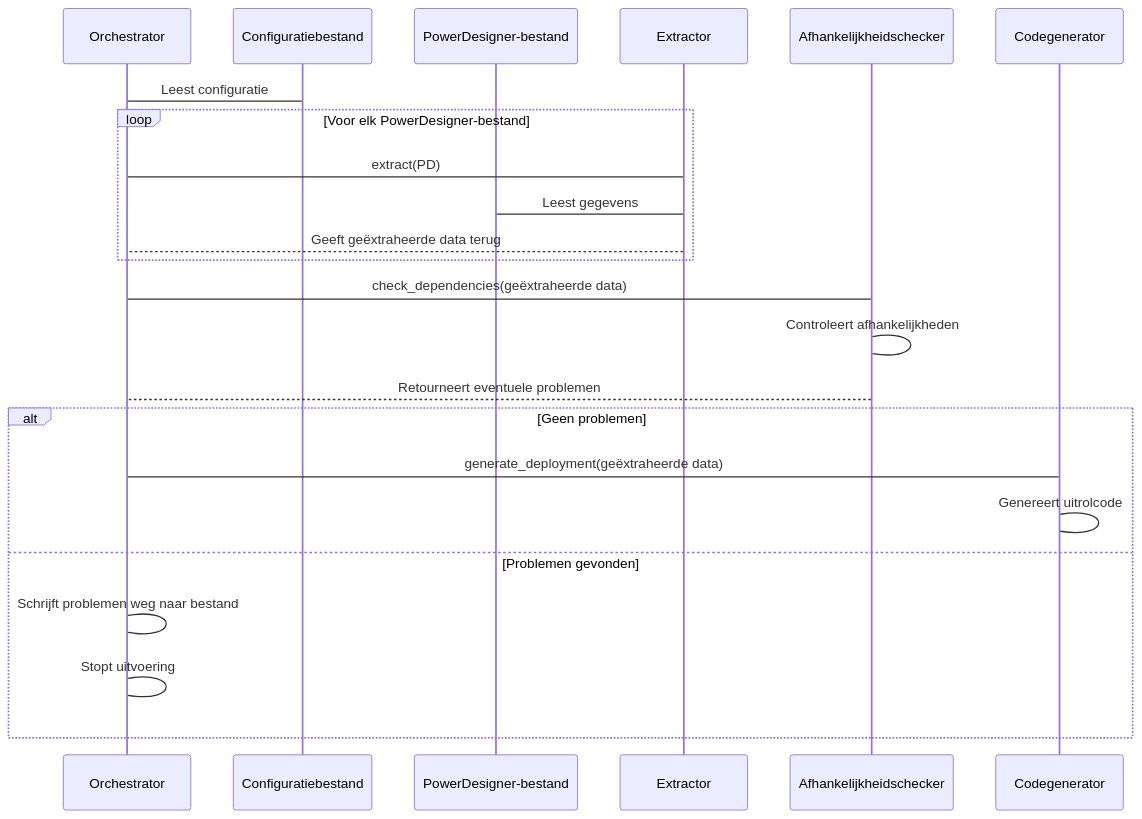
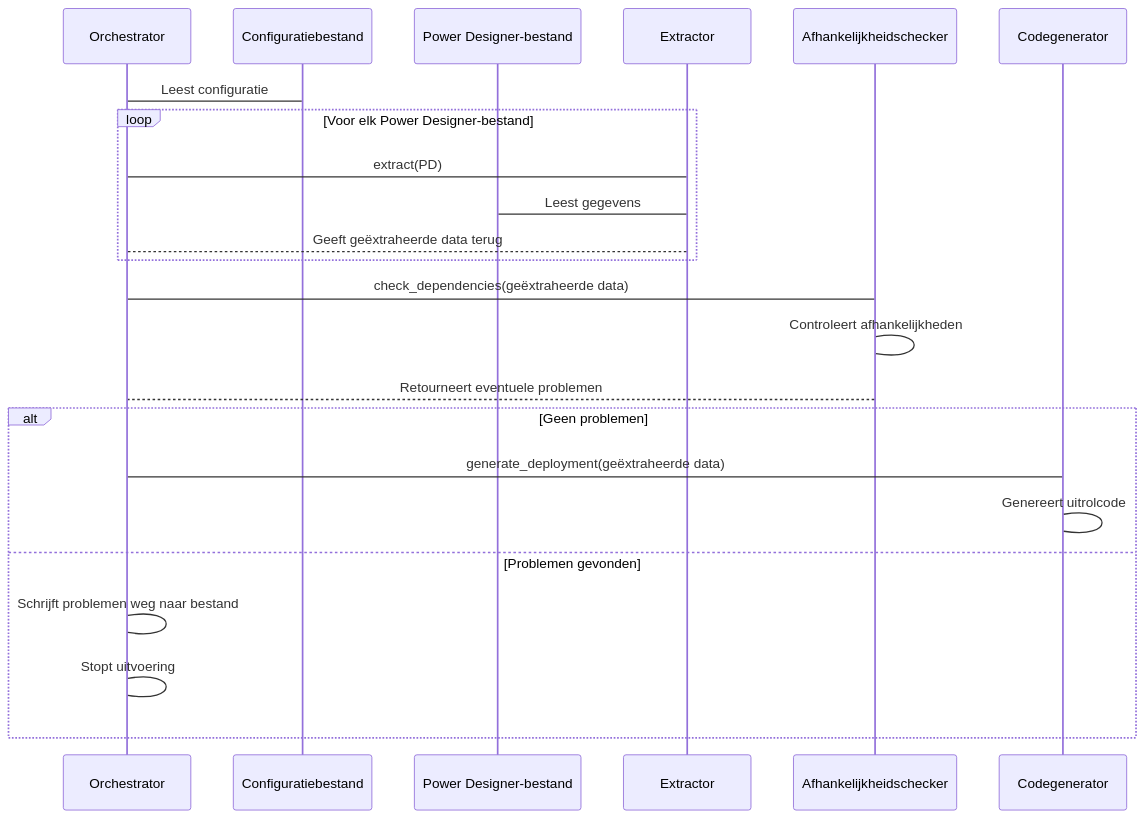
The second of 4 diagrams in genesis/README.md (mark-me/mapping-dependencies), drawn with Mermaid before and after one commit.

````diff
--- a/genesis/README.md
+++ b/genesis/README.md
@@ -39,26 +39,26 @@
 ```mermaid
 sequenceDiagram
   participant G as Orchestrator
   participant CF as Configuratiebestand
-  participant PD as PowerDesigner-bestand
+  participant PD as Power Designer-bestand
   participant E as Extractor
   participant D as Afhankelijkheidschecker
   participant DG as Codegenerator
 
   G->CF: Leest configuratie
-  loop Voor elk PowerDesigner-bestand
+  loop Voor elk Power Designer-bestand
     G->E: extract(PD)
     E->PD: Leest gegevens
     E-->G: Geeft geëxtraheerde data terug
   end
   G->D: check_dependencies(geëxtraheerde data)
   D->D: Controleert afhankelijkheden
   D-->G: Retourneert eventuele problemen
   alt Geen problemen
     G->DG: generate_deployment(geëxtraheerde data)
     DG->DG: Genereert uitrolcode
   else Problemen gevonden
     G->G: Schrijft problemen weg naar bestand
     G->G: Stopt uitvoering
   end
 ```
````
